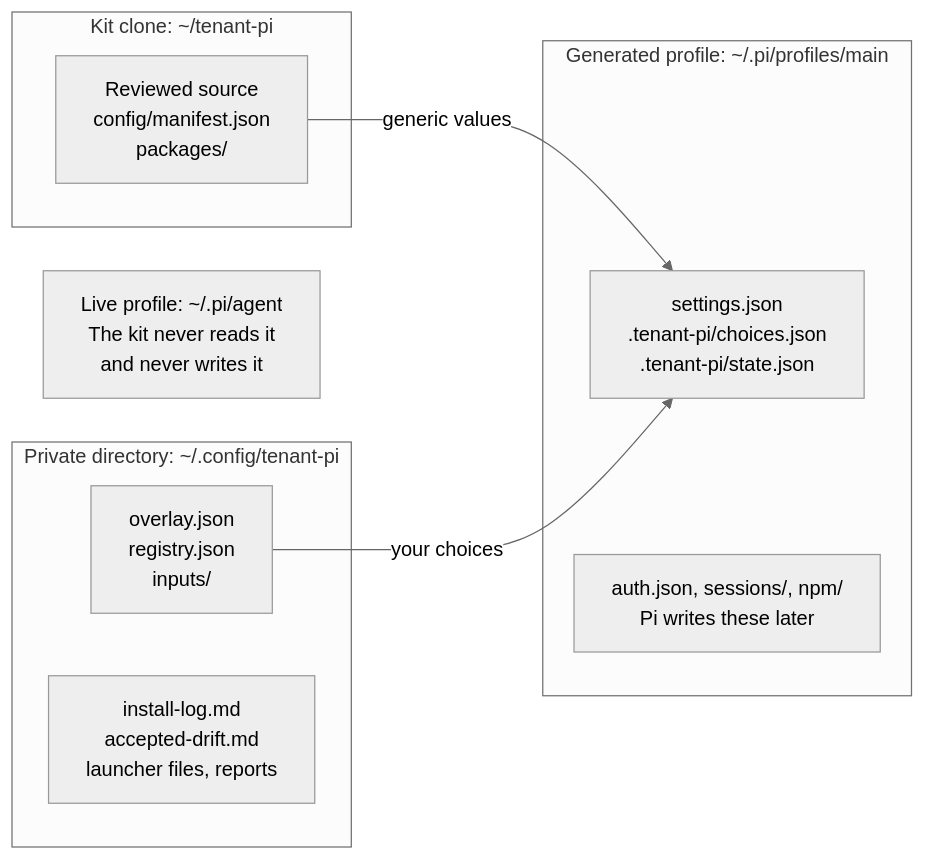
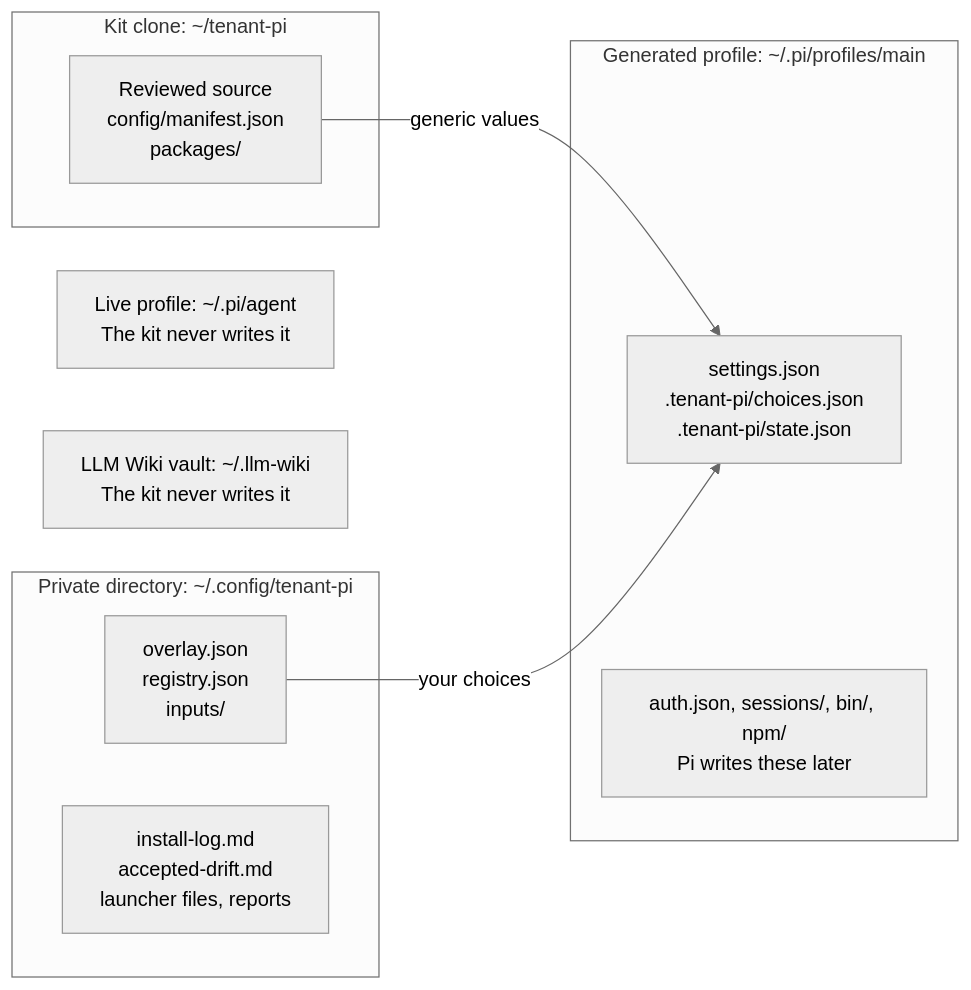
The diagram in src/content/docs/tenant-pi/use/modules-and-privacy.mdx (ryg40/tenant-docs), drawn with Mermaid (neutral theme) before and after one commit. The commit also changed other lines of this file and 195 other files, not shown here.

````diff
--- a/src/content/docs/tenant-pi/use/modules-and-privacy.mdx
+++ b/src/content/docs/tenant-pi/use/modules-and-privacy.mdx
@@ -16,18 +18,19 @@
 ```mermaid
 flowchart LR
     subgraph sepClone["Kit clone: ~/tenant-pi"]
         sepKit["Reviewed source<br/>config/manifest.json<br/>packages/"]
     end
     subgraph sepPrivate["Private directory: ~/.config/tenant-pi"]
         sepOverlay["overlay.json<br/>registry.json<br/>inputs/"]
         sepRecords["install-log.md<br/>accepted-drift.md<br/>launcher files, reports"]
     end
     subgraph sepProfile["Generated profile: ~/.pi/profiles/main"]
         sepGenerated["settings.json<br/>.tenant-pi/choices.json<br/>.tenant-pi/state.json"]
-        sepRuntime["auth.json, sessions/, npm/<br/>Pi writes these later"]
+        sepRuntime["auth.json, sessions/, bin/, npm/<br/>Pi writes these later"]
     end
-    sepLive["Live profile: ~/.pi/agent<br/>The kit never reads it<br/>and never writes it"]
+    sepLive["Live profile: ~/.pi/agent<br/>The kit never writes it"]
+    sepVault["LLM Wiki vault: ~/.llm-wiki<br/>The kit never writes it"]
 
     sepKit -- "generic values" --> sepGenerated
     sepOverlay -- "your choices" --> sepGenerated
 ```
````
